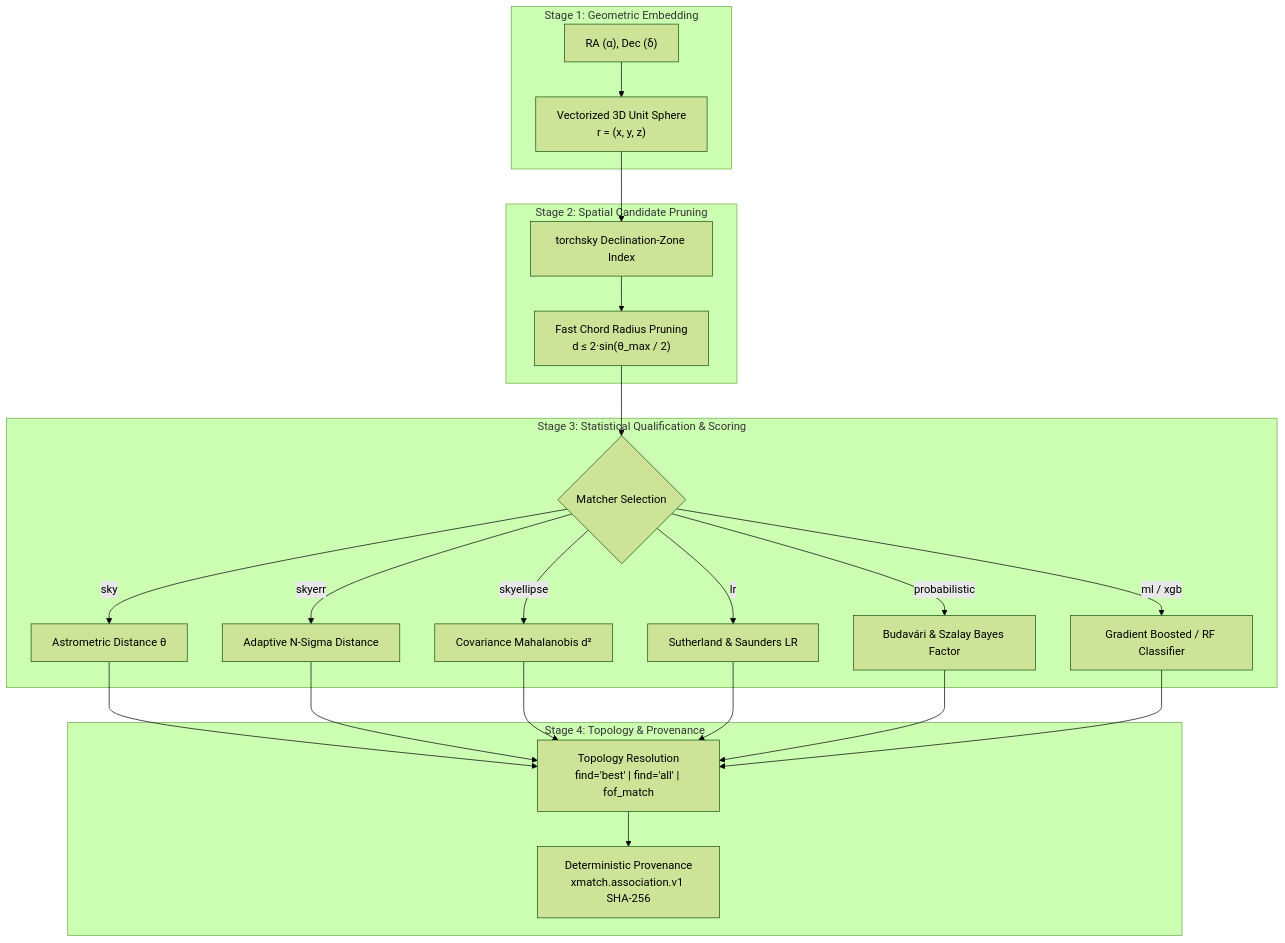
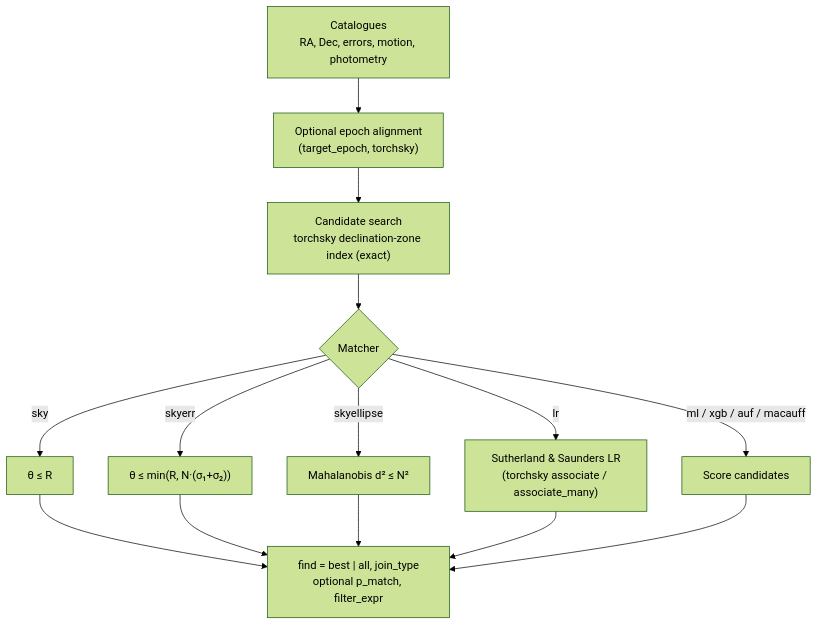
The first of 5 diagrams in docs/algorithms.md (astroai/xmatcher), drawn with Mermaid (forest theme) before and after one commit. The commit also changed other lines of this file and 14 other files, not shown here.

````diff
--- a/docs/algorithms.md
+++ b/docs/algorithms.md
@@ -23,31 +21,16 @@
 ```mermaid
 flowchart TD
-    subgraph S1["Stage 1: Geometric Embedding"]
-        C1["RA (α), Dec (δ)"] --> EMB["Vectorized 3D Unit Sphere<br/>r = (x, y, z)"]
-    end
-
-    subgraph S2["Stage 2: Spatial Candidate Pruning"]
-        EMB --> TREE["torchsky Declination-Zone Index"]
-        TREE --> PRUNE["Fast Chord Radius Pruning<br/>d &le; 2·sin(θ_max / 2)"]
-    end
-
-    subgraph S3["Stage 3: Statistical Qualification & Scoring"]
-        PRUNE --> M_CHOICE{"Matcher Selection"}
-        M_CHOICE -->|"sky"| SC_POS["Astrometric Distance θ"]
-        M_CHOICE -->|"skyerr"| SC_SIG["Adaptive N-Sigma Distance"]
-        M_CHOICE -->|"skyellipse"| SC_MAH["Covariance Mahalanobis d²"]
-        M_CHOICE -->|"lr"| SC_LR["Sutherland & Saunders LR"]
-        M_CHOICE -->|"probabilistic"| SC_BAYES["Budavári & Szalay Bayes Factor"]
-        M_CHOICE -->|"ml / xgb"| SC_ML["Gradient Boosted / RF Classifier"]
-    end
-
-    subgraph S4["Stage 4: Topology & Provenance"]
-        SC_POS --> TOP["Topology Resolution<br/>find='best' | find='all' | fof_match"]
-        SC_SIG --> TOP
-        SC_MAH --> TOP
-        SC_LR --> TOP
-        SC_BAYES --> TOP
-        SC_ML --> TOP
-        TOP --> ASSOC["Deterministic Provenance<br/>xmatch.association.v1 SHA-256"]
-    end
+    IN["Catalogues<br/>RA, Dec, errors, motion, photometry"] --> EP["Optional epoch alignment<br/>(target_epoch, torchsky)"]
+    EP --> CS["Candidate search<br/>torchsky declination-zone index (exact)"]
+    CS --> M{"Matcher"}
+    M -->|"sky"| S1["θ ≤ R"]
+    M -->|"skyerr"| S2["θ ≤ min(R, N·(σ₁+σ₂))"]
+    M -->|"skyellipse"| S3["Mahalanobis d² ≤ N²"]
+    M -->|"lr"| S4["Sutherland & Saunders LR<br/>(torchsky associate / associate_many)"]
+    M -->|"ml / xgb / auf / macauff"| S5["Score candidates"]
+    S1 --> OUT["find = best | all, join_type<br/>optional p_match, filter_expr"]
+    S2 --> OUT
+    S3 --> OUT
+    S4 --> OUT
+    S5 --> OUT
 ```
````
